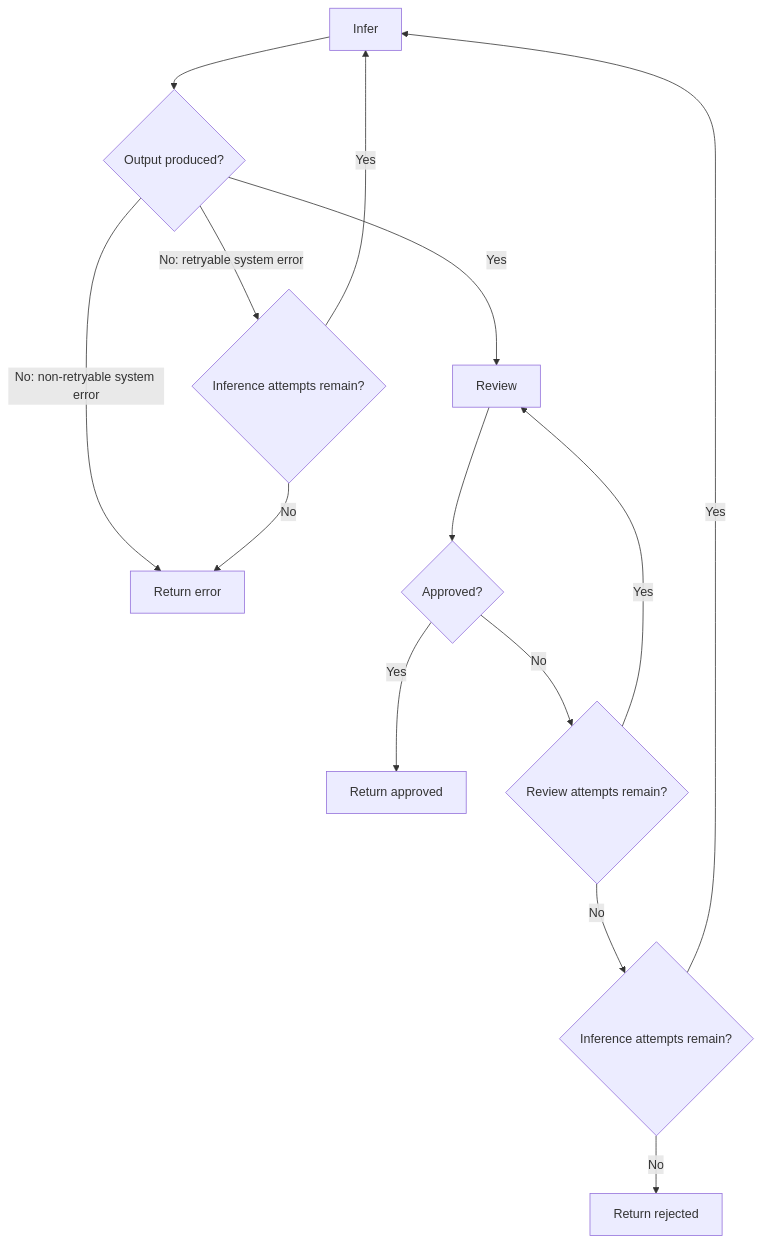
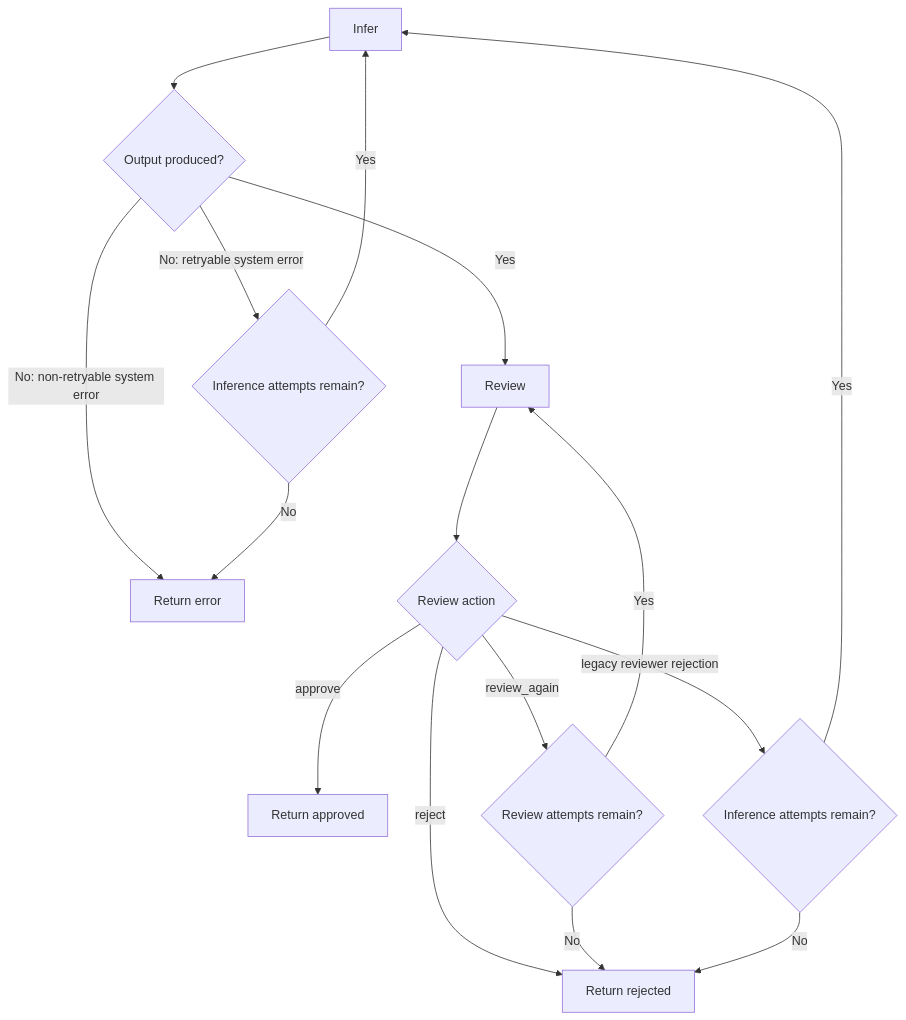
The diagram in docs/workflow-design.md (TantiHeng/IntelligentHarness), drawn with Mermaid before and after one commit. The commit also changed other lines of this file and 31 other files, not shown here.

````diff
--- a/docs/workflow-design.md
+++ b/docs/workflow-design.md
@@ -20,16 +20,18 @@
 ```mermaid
 flowchart TD
     A["Infer"] --> B{"Output produced?"}
     B -- "Yes" --> C["Review"]
     B -- "No: retryable system error" --> D{"Inference attempts remain?"}
     B -- "No: non-retryable system error" --> E["Return error"]
     D -- "Yes" --> A
     D -- "No" --> E
-    C --> F{"Approved?"}
-    F -- "Yes" --> G["Return approved"]
-    F -- "No" --> H{"Review attempts remain?"}
+    C --> F{"Review action"}
+    F -- "approve" --> G["Return approved"]
+    F -- "reject" --> J["Return rejected"]
+    F -- "review_again" --> H{"Review attempts remain?"}
     H -- "Yes" --> C
-    H -- "No" --> I{"Inference attempts remain?"}
+    H -- "No" --> J
+    F -- "legacy reviewer rejection" --> I{"Inference attempts remain?"}
     I -- "Yes" --> A
-    I -- "No" --> J["Return rejected"]
+    I -- "No" --> J
 ```
````
